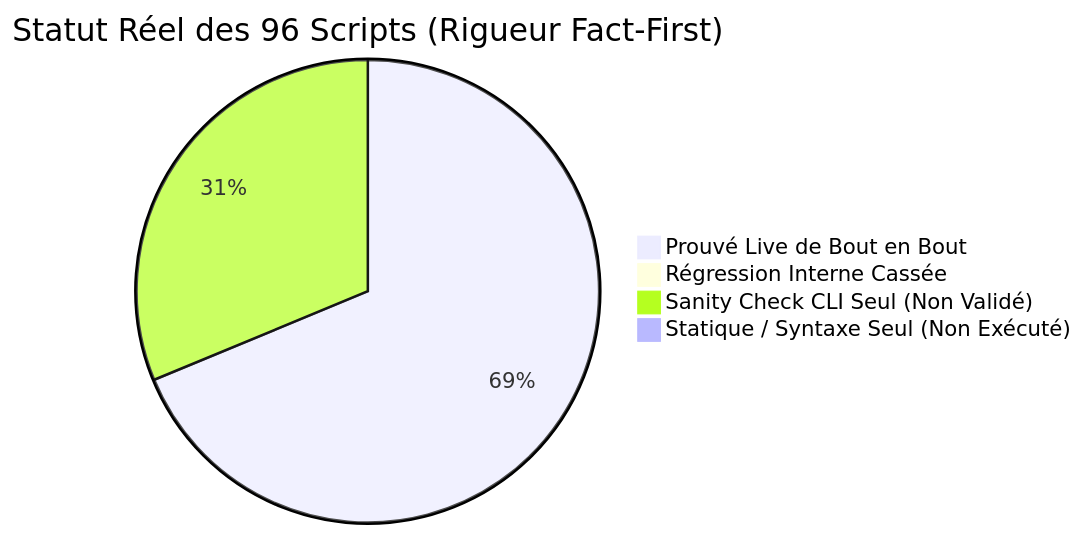
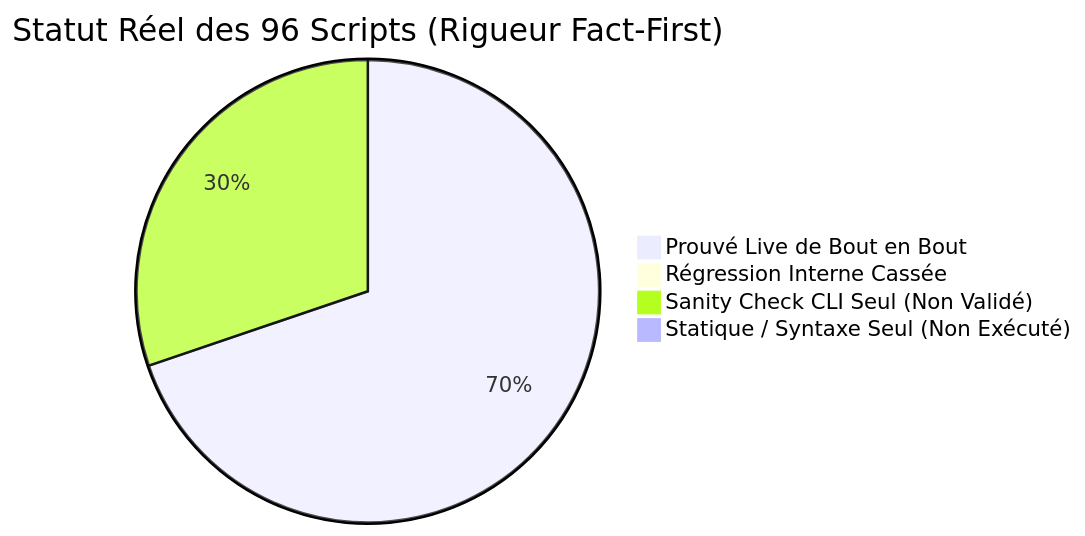
Before and after one commit to yoyonel/pydbsrt: the diagram in docs/reference/2026-11-10-audit-exhaustif-scripts-regressions.md, drawn with Mermaid. The commit also changed other lines of this file and 2 other files, not shown here.

First line of the commit message:
fix(benchmarks): dynamic root, absolute fixture paths and cli options in bench server comparison (#69)

````diff
--- a/docs/reference/2026-11-10-audit-exhaustif-scripts-regressions.md
+++ b/docs/reference/2026-11-10-audit-exhaustif-scripts-regressions.md
@@ -16,7 +16,7 @@
 ```mermaid
 pie title Statut Réel des 96 Scripts (Rigueur Fact-First)
-    "Prouvé Live de Bout en Bout" : 66
+    "Prouvé Live de Bout en Bout" : 67
     "Régression Interne Cassée" : 0
-    "Sanity Check CLI Seul (Non Validé)" : 30
+    "Sanity Check CLI Seul (Non Validé)" : 29
     "Statique / Syntaxe Seul (Non Exécuté)" : 0
 ```
````
